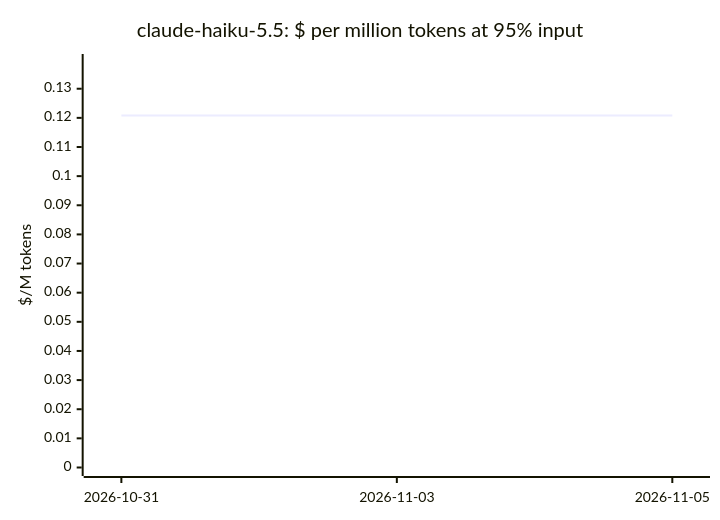
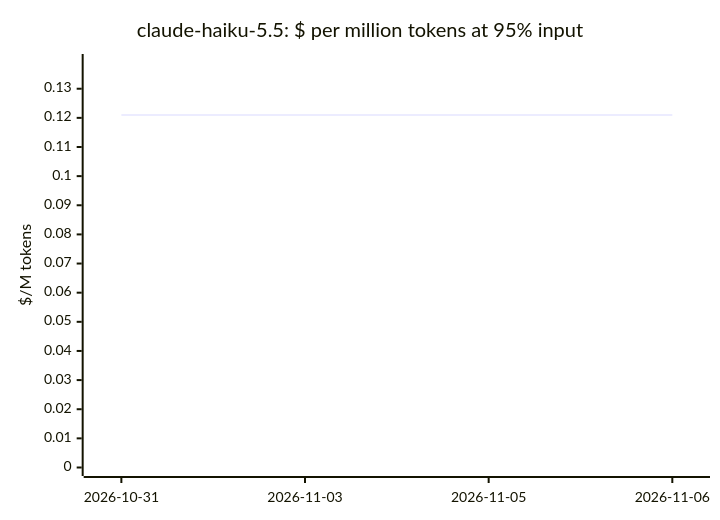
The fifth of 20 diagrams in docs/openrouter-models.md (cklukas/OMEGA_TRANSFORM), drawn with Mermaid before and after one commit. The commit also changed other lines of this file and 103 other files, not shown here.

````diff
--- a/docs/openrouter-models.md
+++ b/docs/openrouter-models.md
@@ -177,7 +176,7 @@
 ```mermaid
 xychart-beta
     title "claude-haiku-5.5: $ per million tokens at 95% input"
-    x-axis ["2026-10-31", "2026-11-03", "2026-11-05"]
+    x-axis ["2026-10-31", "2026-11-03", "2026-11-05", "2026-11-06"]
     y-axis "$/M tokens" 0 --> 0.139
-    line [0.1208, 0.1208, 0.1208]
+    line [0.121, 0.121, 0.121, 0.121]
 ```
````
